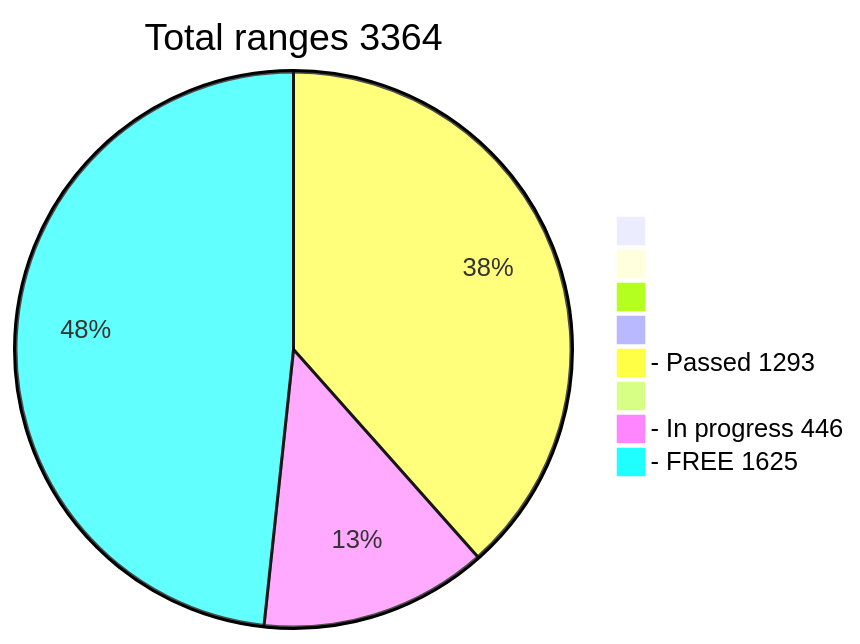
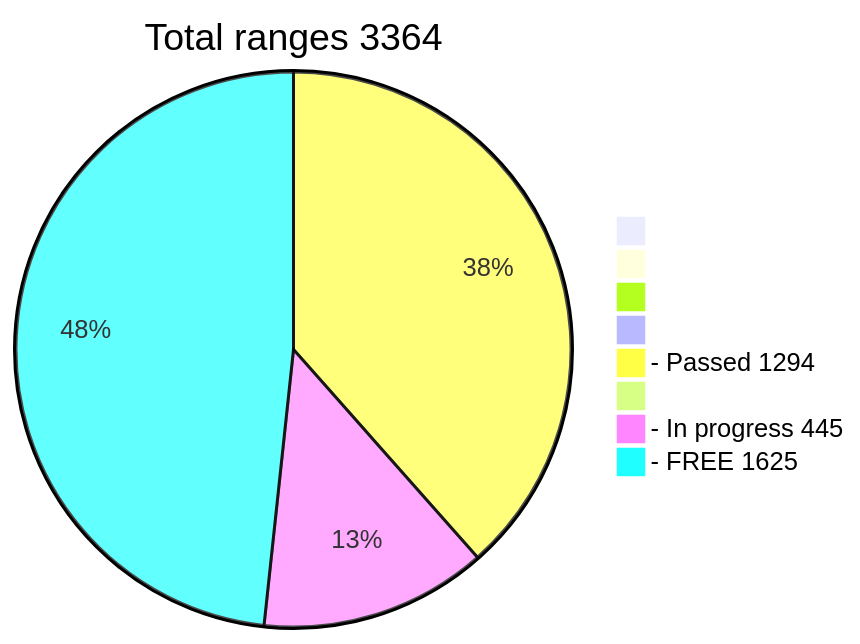
Before and after one commit to phrutis/wif500: the diagram in README.md, drawn with Mermaid.

````diff
--- a/README.md
+++ b/README.md
@@ -16,12 +16,12 @@
 ```mermaid
 pie title Total ranges 3364
              " " : 0
             "  " : 0
            "   " : 0
           "    " : 0
-  "- Passed 1293" : 1293
+  "- Passed 1294" : 1294
          "     " : 0
-  "- In progress 446" : 446
+  "- In progress 445" : 445
    "- FREE 1625" : 1625
    
 ```
````
